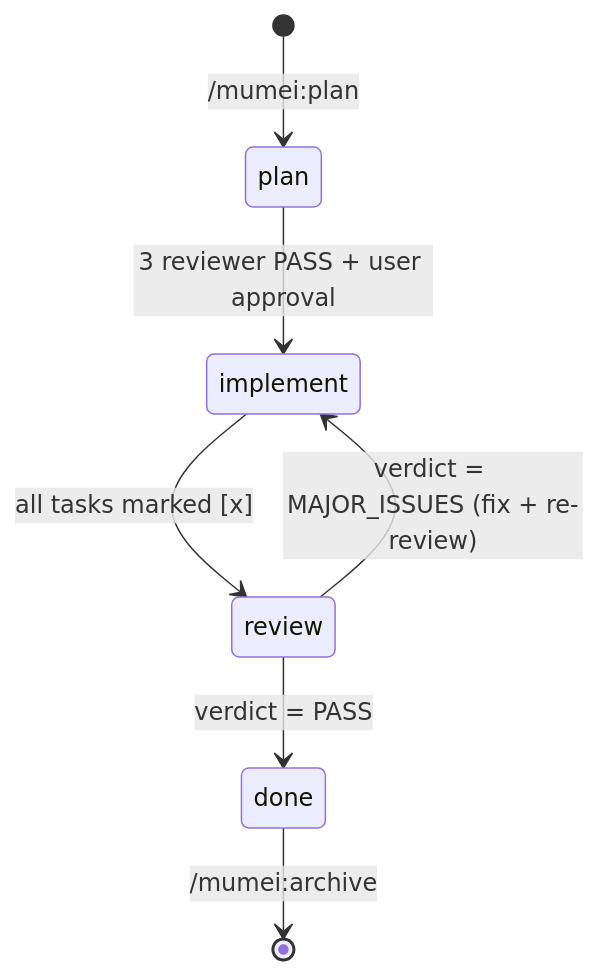
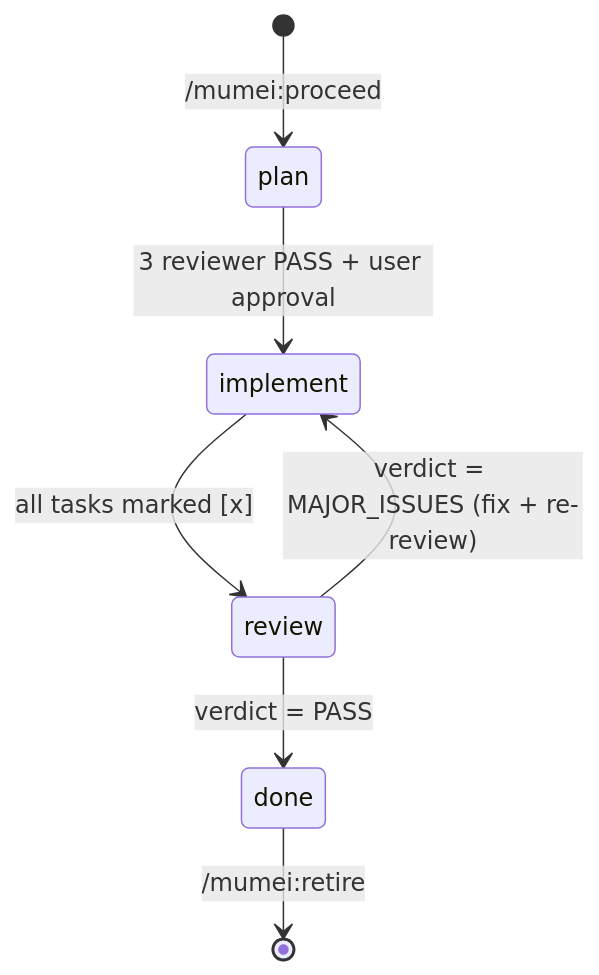
One commit to iroha924/mumei changed the first of 2 diagrams in ARCHITECTURE.md. Above: the diagram before and after it, drawn with Mermaid. The commit also changed other lines of this file and 75 other files, not shown here.

````diff
--- a/ARCHITECTURE.md
+++ b/ARCHITECTURE.md
@@ -100,9 +101,9 @@
 ```mermaid
 stateDiagram-v2
-  [*] --> plan: /mumei:plan <feature>
+  [*] --> plan: /mumei:proceed <feature>
   plan --> implement: 3 reviewer PASS + user approval
   implement --> review: all tasks marked [x]
   review --> done: verdict = PASS
   review --> implement: verdict = MAJOR_ISSUES (fix + re-review)
-  done --> [*]: /mumei:archive
+  done --> [*]: /mumei:retire
 ```
````
